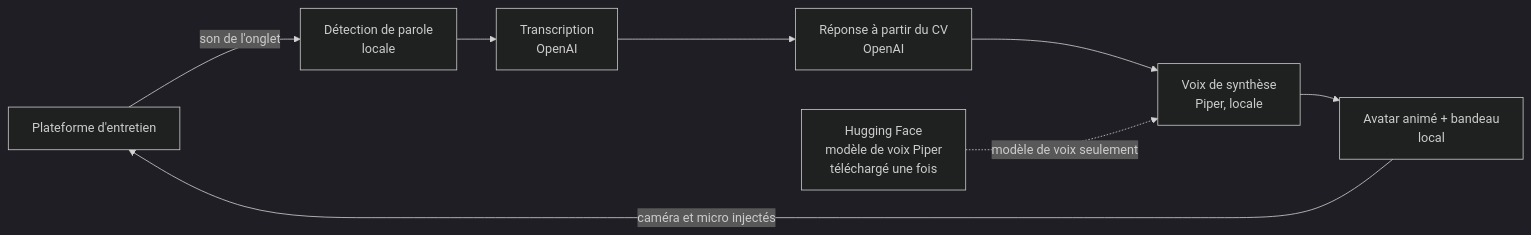
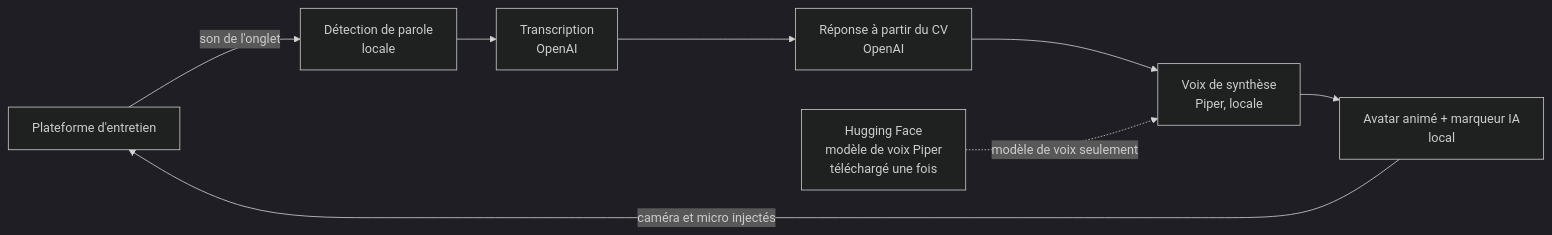
One commit to Donavan-projects/otherself changed the diagram in README.md. Above: the diagram before and after it, drawn with Mermaid (dark theme). The commit also changed other lines of this file and 19 other files, not shown here.

Commit message:
3c : bandeau retiré (dessin, bannerText, bannerOffsetY, zone de sécurité, debugSafeZone) ; badgeText transmis par la configuration ; image de pause sans bandeau ; t-shirt du SVG de secours avec un texte fixe jusqu'à 3e ; documentation (CLAUDE.md, README, architecture, config)

````diff
--- a/README.md
+++ b/README.md
@@ -22,10 +22,10 @@
 ```mermaid
 flowchart LR
   P["Plateforme d'entretien"] -->|"son de l'onglet"| D["Détection de parole<br/>locale"]
   D --> T["Transcription<br/>OpenAI"]
   T --> R["Réponse à partir du CV<br/>OpenAI"]
   R --> V["Voix de synthèse<br/>Piper, locale"]
   H["Hugging Face<br/>modèle de voix Piper<br/>téléchargé une fois"] -.->|"modèle de voix seulement"| V
-  V --> A["Avatar animé + bandeau<br/>local"]
+  V --> A["Avatar animé + marqueur IA<br/>local"]
   A -->|"caméra et micro injectés"| P
 ```
````
